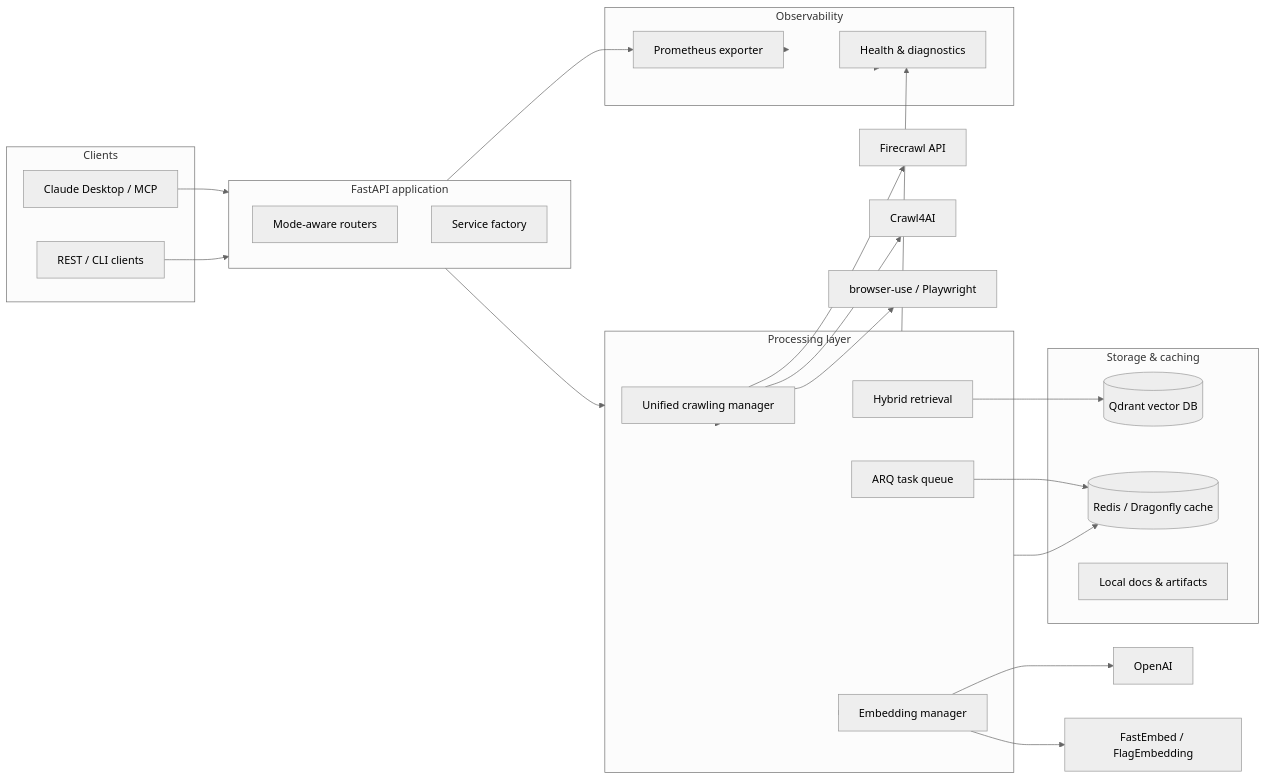
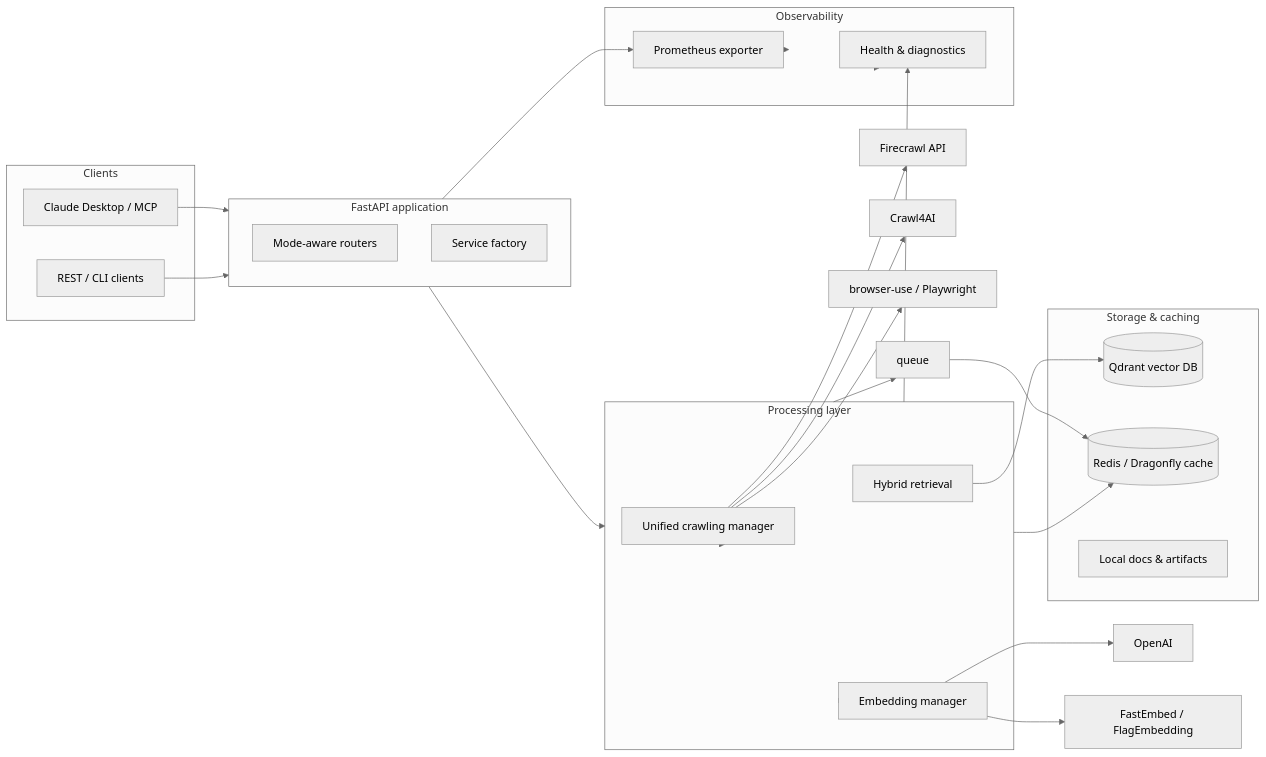
Before and after one commit to BjornMelin/ai-docs-vector-db-hybrid-scraper: the diagram in README.md, drawn with Mermaid (neutral theme). The commit also changed other lines of this file and 9 other files, not shown here.

Commit message:
refactor: remove obsolete task queue references from documentation

````diff
--- a/README.md
+++ b/README.md
@@ -62,50 +62,49 @@
 ```mermaid
 flowchart LR
     subgraph clients["Clients"]
         mcp["Claude Desktop / MCP"]
         rest["REST / CLI clients"]
     end
 
     subgraph api["FastAPI application"]
         router["Mode-aware routers"]
         factory["Service factory"]
     end
 
     subgraph processing["Processing layer"]
         crawl["Unified crawling manager"]
         embed["Embedding manager"]
         search["Hybrid retrieval"]
-        queue["ARQ task queue"]
     end
 
     subgraph data["Storage & caching"]
         qdrant[("Qdrant vector DB")]
         redis[("Redis / Dragonfly cache")]
         storage["Local docs & artifacts"]
     end
 
     subgraph observability["Observability"]
         metrics["Prometheus exporter"]
         health["Health & diagnostics"]
     end
 
     mcp --> api
     rest --> api
     api --> processing
     processing --> crawl
     processing --> embed
     processing --> search
     processing --> queue
     crawl --> firecrawl["Firecrawl API"]
     crawl --> crawl4ai["Crawl4AI"]
     crawl --> browseruse["browser-use / Playwright"]
     embed --> openai["OpenAI"]
     embed --> fastembed["FastEmbed / FlagEmbedding"]
     search --> qdrant
     queue --> redis
     processing --> redis
     api --> metrics
     metrics --> observability
     processing --> health
     health --> observability
 ```
````
